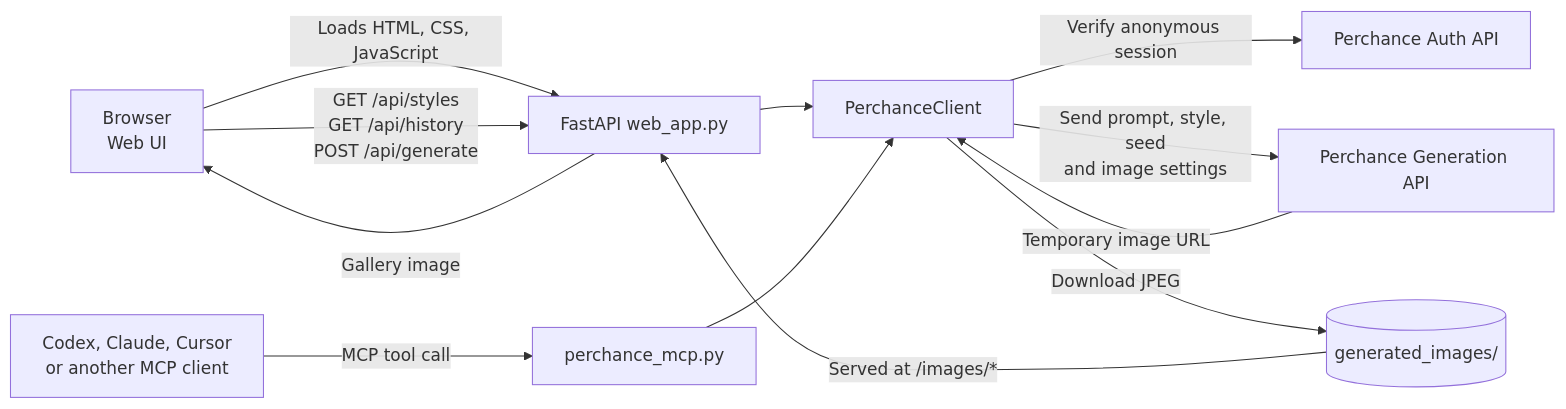
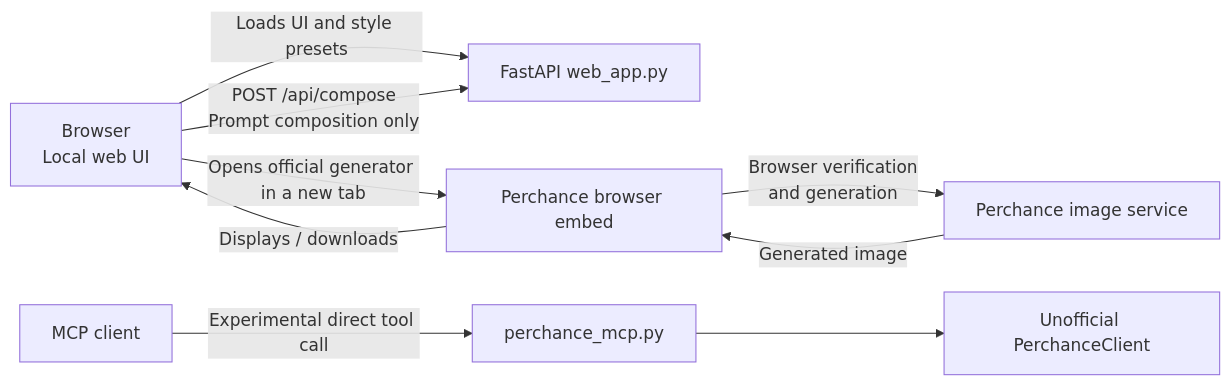
The diagram in README.md (adrianx26/webgenimg), drawn with Mermaid before and after one commit. The commit also changed other lines of this file and 4 other files, not shown here.

Commit message:
Use Perchance browser launches in web UI

````diff
--- a/README.md
+++ b/README.md
@@ -11,15 +11,12 @@
 ```mermaid
 flowchart LR
-    Browser[Browser\nWeb UI] -->|Loads HTML, CSS, JavaScript| Web[FastAPI web_app.py]
-    Browser -->|GET /api/styles\nGET /api/history\nPOST /api/generate| Web
-    MCPClient[Codex, Claude, Cursor\nor another MCP client] -->|MCP tool call| MCP[perchance_mcp.py]
+    Browser[Browser\nLocal web UI] -->|Loads UI and style presets| Web[FastAPI web_app.py]
+    Browser -->|POST /api/compose\nPrompt composition only| Web
+    Browser -->|Opens official generator in a new tab| Embed[Perchance browser embed]
+    Embed -->|Browser verification\nand generation| Perchance[Perchance image service]
+    Perchance -->|Generated image| Embed
+    Embed -->|Displays / downloads| Browser
 
-    Web --> Client[PerchanceClient]
-    MCP --> Client
-    Client -->|Verify anonymous session| Auth[Perchance Auth API]
-    Client -->|Send prompt, style, seed\nand image settings| Generator[Perchance Generation API]
-    Generator -->|Temporary image URL| Client
-    Client -->|Download JPEG| Images[(generated_images/)]
-    Images -->|Served at /images/*| Web
-    Web -->|Gallery image| Browser
+    MCPClient[MCP client] -->|Experimental direct tool call| MCP[perchance_mcp.py]
+    MCP --> Client[Unofficial PerchanceClient]
 ```
````
